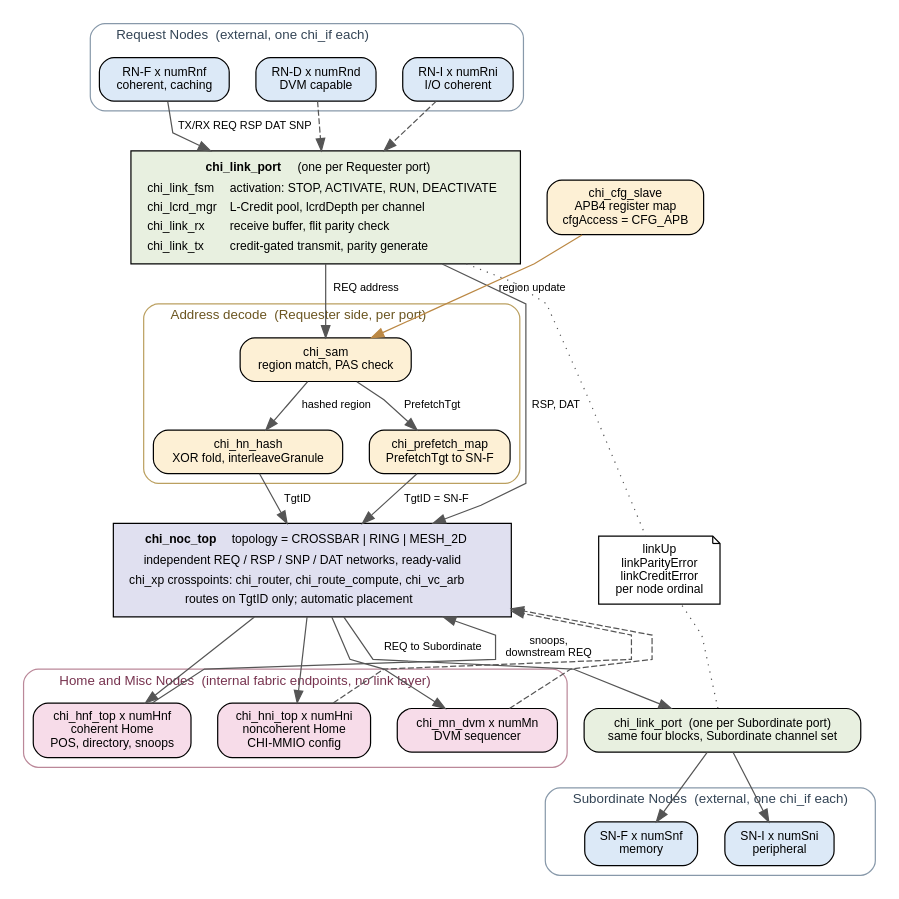
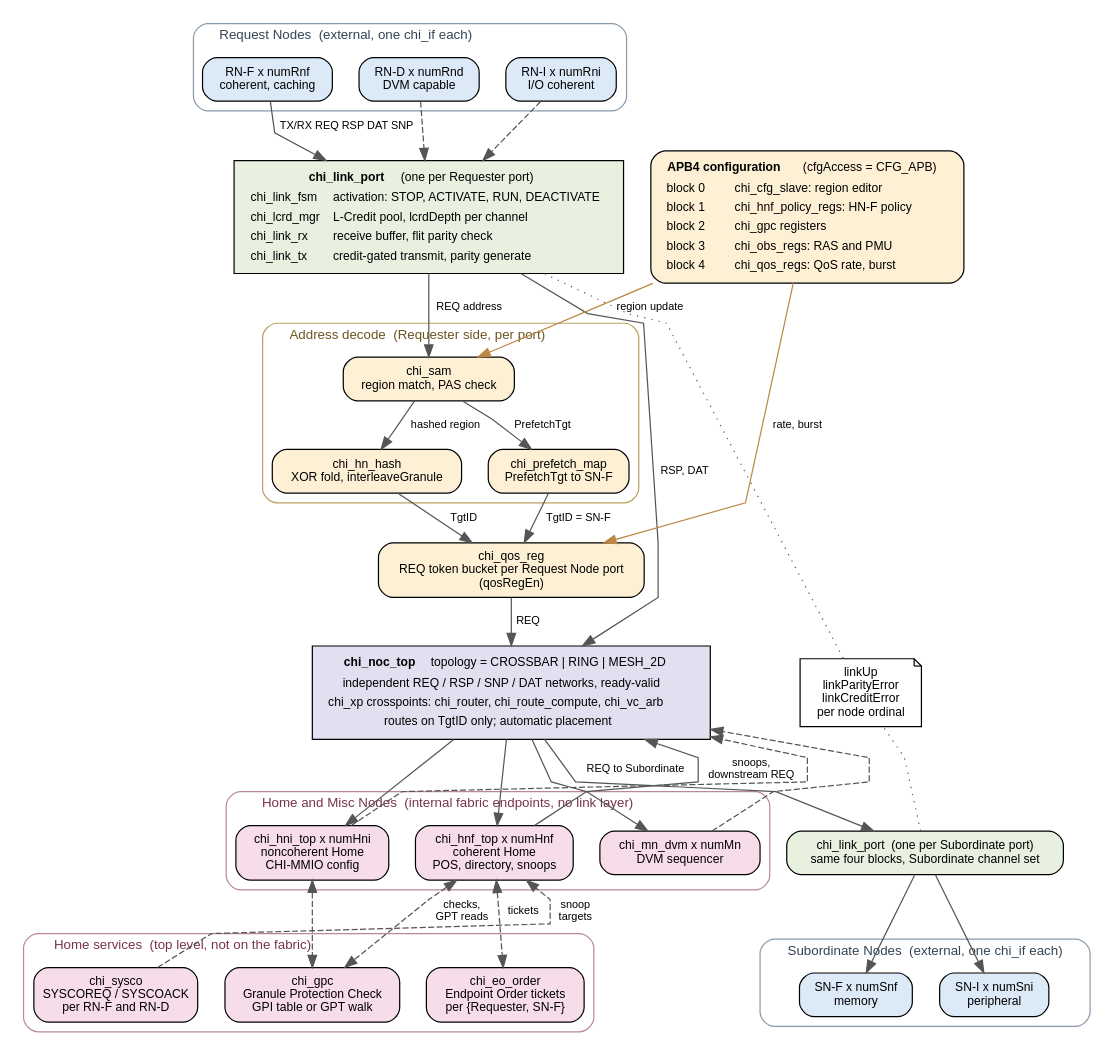
The diagram in doc-src/figures/chi_architecture.dot (Swasthikkamath/chi_rtl), drawn with Graphviz before and after one commit. The commit also changed 5 other files, not shown here.

```diff
--- a/doc-src/figures/chi_architecture.dot
+++ b/doc-src/figures/chi_architecture.dot
@@ -1,104 +1,131 @@
 // Top-level architecture of the configurable CHI interconnect.
 // Rendered by the doc target; see Makefile.
 //
 // The vertical axis is the request path: a Requester's REQ flit enters a link
-// layer, is decoded to a TgtID, crosses the selected network, is serialized by
-// a Home Node, and leaves through a second link layer to a Subordinate.
+// layer, is decoded to a TgtID, passes the QoS regulator, crosses the selected
+// network, is serialized by a Home Node, and leaves through a second link
+// layer to a Subordinate. The blocks beside the Homes serve them without
+// being fabric endpoints.
 digraph chiArchitecture {
   rankdir=TB;
   splines=polyline;
   nodesep=0.30;
   ranksep=0.40;
   bgcolor="white";
   compound=true;
   node [shape=box, style="rounded,filled", fillcolor="#f5f5f5",
         fontname="Helvetica", fontsize=10, margin="0.14,0.08"];
   edge [fontname="Helvetica", fontsize=9, color="#555555"];
   graph [fontname="Helvetica", fontsize=11, labeljust="l"];
 
   subgraph cluster_req {
     label="Request Nodes  (external, one chi_if each)";
     style="rounded"; color="#8899aa"; fontcolor="#334455";
     rnf [label="RN-F x numRnf\ncoherent, caching", fillcolor="#dce9f7"];
     rnd [label="RN-D x numRnd\nDVM capable", fillcolor="#dce9f7"];
     rni [label="RN-I x numRni\nI/O coherent", fillcolor="#dce9f7"];
   }
 
   reqlink [fillcolor="#e8f0e0", shape=box, style="filled",
     label=<<table border="0" cellborder="0" cellspacing="1">
       <tr><td colspan="2" align="center"><b>chi_link_port</b>  (one per Requester port)</td></tr>
       <tr><td align="left">chi_link_fsm</td><td align="left">activation: STOP, ACTIVATE, RUN, DEACTIVATE</td></tr>
       <tr><td align="left">chi_lcrd_mgr</td><td align="left">L-Credit pool, lcrdDepth per channel</td></tr>
       <tr><td align="left">chi_link_rx</td><td align="left">receive buffer, flit parity check</td></tr>
       <tr><td align="left">chi_link_tx</td><td align="left">credit-gated transmit, parity generate</td></tr>
     </table>>];
 
   subgraph cluster_sam {
     label="Address decode  (Requester side, per port)";
     style="rounded"; color="#bba060"; fontcolor="#6b5520";
     sam   [label="chi_sam\nregion match, PAS check", fillcolor="#fdf0d5"];
     hash  [label="chi_hn_hash\nXOR fold, interleaveGranule", fillcolor="#fdf0d5"];
     pfmap [label="chi_prefetch_map\nPrefetchTgt to SN-F", fillcolor="#fdf0d5"];
   }
 
+  qos [label="chi_qos_reg\nREQ token bucket per Request Node port\n(qosRegEn)", fillcolor="#fdf0d5"];
+
   noc [fillcolor="#e0e0f0", style="filled",
     label=<<table border="0" cellborder="0" cellspacing="1">
       <tr><td><b>chi_noc_top</b>   topology = CROSSBAR | RING | MESH_2D</td></tr>
       <tr><td>independent REQ / RSP / SNP / DAT networks, ready-valid</td></tr>
       <tr><td>chi_xp crosspoints: chi_router, chi_route_compute, chi_vc_arb</td></tr>
       <tr><td>routes on TgtID only; automatic placement</td></tr>
     </table>>];
 
   subgraph cluster_home {
     label="Home and Misc Nodes  (internal fabric endpoints, no link layer)";
     style="rounded"; color="#bb8899"; fontcolor="#77334f";
     hnf [label="chi_hnf_top x numHnf\ncoherent Home\nPOS, directory, snoops", fillcolor="#f7dce9"];
     hni [label="chi_hni_top x numHni\nnoncoherent Home\nCHI-MMIO config", fillcolor="#f7dce9"];
     mn  [label="chi_mn_dvm x numMn\nDVM sequencer", fillcolor="#f7dce9"];
   }
 
+  subgraph cluster_svc {
+    label="Home services  (top level, not on the fabric)";
+    style="rounded"; color="#bb8899"; fontcolor="#77334f";
+    gpc   [label="chi_gpc\nGranule Protection Check\nGPI table or GPT walk", fillcolor="#f7dce9"];
+    eo    [label="chi_eo_order\nEndpoint Order tickets\nper {Requester, SN-F}", fillcolor="#f7dce9"];
+    sysco [label="chi_sysco\nSYSCOREQ / SYSCOACK\nper RN-F and RN-D", fillcolor="#f7dce9"];
+  }
+
   sublink [label="chi_link_port  (one per Subordinate port)\nsame four blocks, Subordinate channel set",
     fillcolor="#e8f0e0"];
 
   subgraph cluster_sub {
     label="Subordinate Nodes  (external, one chi_if each)";
     style="rounded"; color="#8899aa"; fontcolor="#334455";
     snf [label="SN-F x numSnf\nmemory", fillcolor="#dce9f7"];
     sni [label="SN-I x numSni\nperipheral", fillcolor="#dce9f7"];
   }
 
   // Side annotations. constraint=false keeps them off the main request path.
-  cfg [label="chi_cfg_slave\nAPB4 register map\ncfgAccess = CFG_APB", fillcolor="#fdf0d5"];
+  cfg [fillcolor="#fdf0d5", style="rounded,filled",
+    label=<<table border="0" cellborder="0" cellspacing="1">
+      <tr><td colspan="2" align="center"><b>APB4 configuration</b>  (cfgAccess = CFG_APB)</td></tr>
+      <tr><td align="left">block 0</td><td align="left">chi_cfg_slave: region editor</td></tr>
+      <tr><td align="left">block 1</td><td align="left">chi_hnf_policy_regs: HN-F policy</td></tr>
+      <tr><td align="left">block 2</td><td align="left">chi_gpc registers</td></tr>
+      <tr><td align="left">block 3</td><td align="left">chi_obs_regs: RAS and PMU</td></tr>
+      <tr><td align="left">block 4</td><td align="left">chi_qos_regs: QoS rate, burst</td></tr>
+    </table>>];
   status [label="linkUp\nlinkParityError\nlinkCreditError\nper node ordinal",
     shape=note, fillcolor="#ffffff"];
 
   rnf -> reqlink [label="  TX/RX REQ RSP DAT SNP"];
   rnd -> reqlink [style=dashed];
   rni -> reqlink [style=dashed];
 
   reqlink -> sam [label="  REQ address"];
   sam -> hash  [label="  hashed region"];
   sam -> pfmap [label="  PrefetchTgt"];
 
-  hash  -> noc [label="  TgtID"];
-  pfmap -> noc [label="  TgtID = SN-F"];
+  hash  -> qos [label="  TgtID"];
+  pfmap -> qos [label="  TgtID = SN-F"];
+  qos -> noc [label="  REQ"];
   reqlink -> noc [label="  RSP, DAT", constraint=false];
 
   noc -> hnf;
   noc -> hni;
   noc -> mn;
   hnf -> noc [label="  snoops,\n  downstream REQ", constraint=false];
   hni -> noc [style=dashed, constraint=false];
   mn  -> noc [style=dashed, constraint=false];
 
+  hnf -> gpc [dir=both, style=dashed, label="  checks,\n  GPT reads"];
+  hni -> gpc [dir=both, style=dashed];
+  hnf -> eo [dir=both, style=dashed, label="  tickets"];
+  sysco -> hnf [style=dashed, label="  snoop\n  targets", constraint=false];
+
   noc -> sublink [label="  REQ to Subordinate"];
   sublink -> snf;
   sublink -> sni;
 
   cfg -> sam [label="  region update", constraint=false, color="#bb8844"];
+  cfg -> qos [label="  rate, burst", constraint=false, color="#bb8844"];
   reqlink -> status [style=dotted, arrowhead=none, constraint=false];
   sublink -> status [style=dotted, arrowhead=none, constraint=false];
 
   { rank=same; reqlink; cfg; }
   { rank=same; noc; status; }
 }
```
